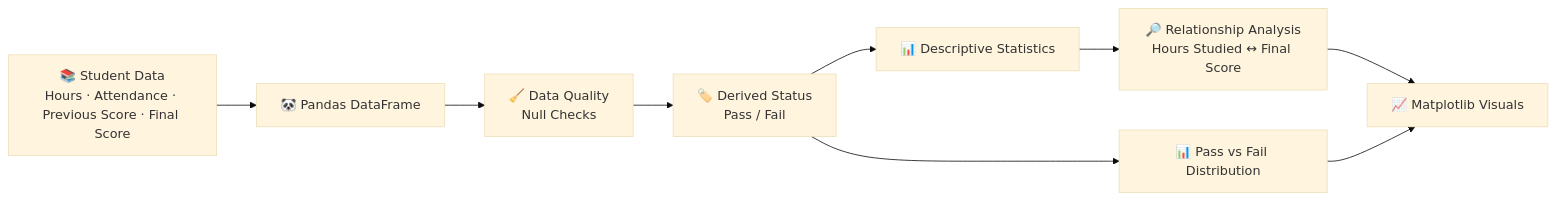
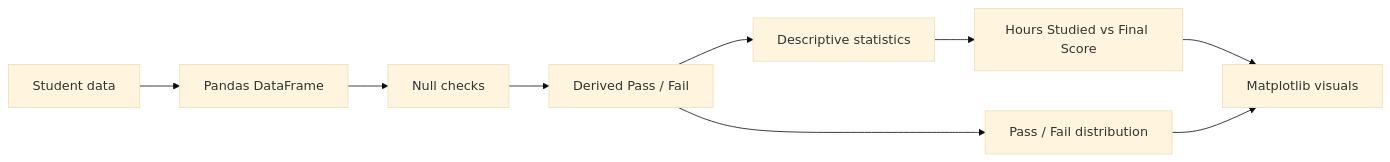
The seventh of 7 diagrams in README.md (AdhamElsayedAI/AdhamElsayedAI), drawn with Mermaid (base theme) before and after one commit. The commit also changed other lines of this file, not shown here.

````diff
--- a/README.md
+++ b/README.md
@@ -307,11 +264,11 @@
 ```mermaid
 flowchart LR
-    DATA["📚 Student Data\nHours · Attendance · Previous Score · Final Score"] --> DF["🐼 Pandas DataFrame"]
-    DF --> QUALITY["🧹 Data Quality\nNull Checks"]
-    QUALITY --> STATUS["🏷️ Derived Status\nPass / Fail"]
-    STATUS --> STATS["📊 Descriptive Statistics"]
-    STATS --> REL["🔎 Relationship Analysis\nHours Studied ↔ Final Score"]
-    REL --> VIZ["📈 Matplotlib Visuals"]
-    STATUS --> DIST["📊 Pass vs Fail Distribution"]
+    DATA[Student data] --> DF[Pandas DataFrame]
+    DF --> QUALITY[Null checks]
+    QUALITY --> STATUS[Derived Pass / Fail]
+    STATUS --> STATS[Descriptive statistics]
+    STATS --> REL[Hours Studied vs Final Score]
+    REL --> VIZ[Matplotlib visuals]
+    STATUS --> DIST[Pass / Fail distribution]
     DIST --> VIZ
 ```
````
